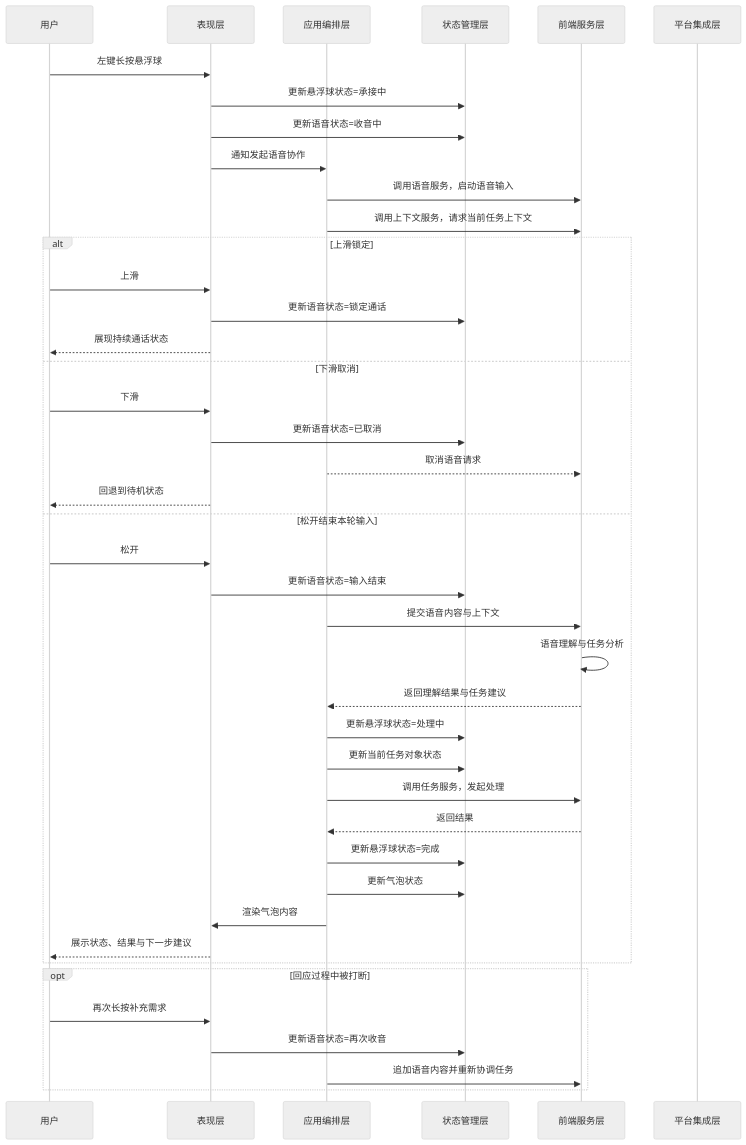
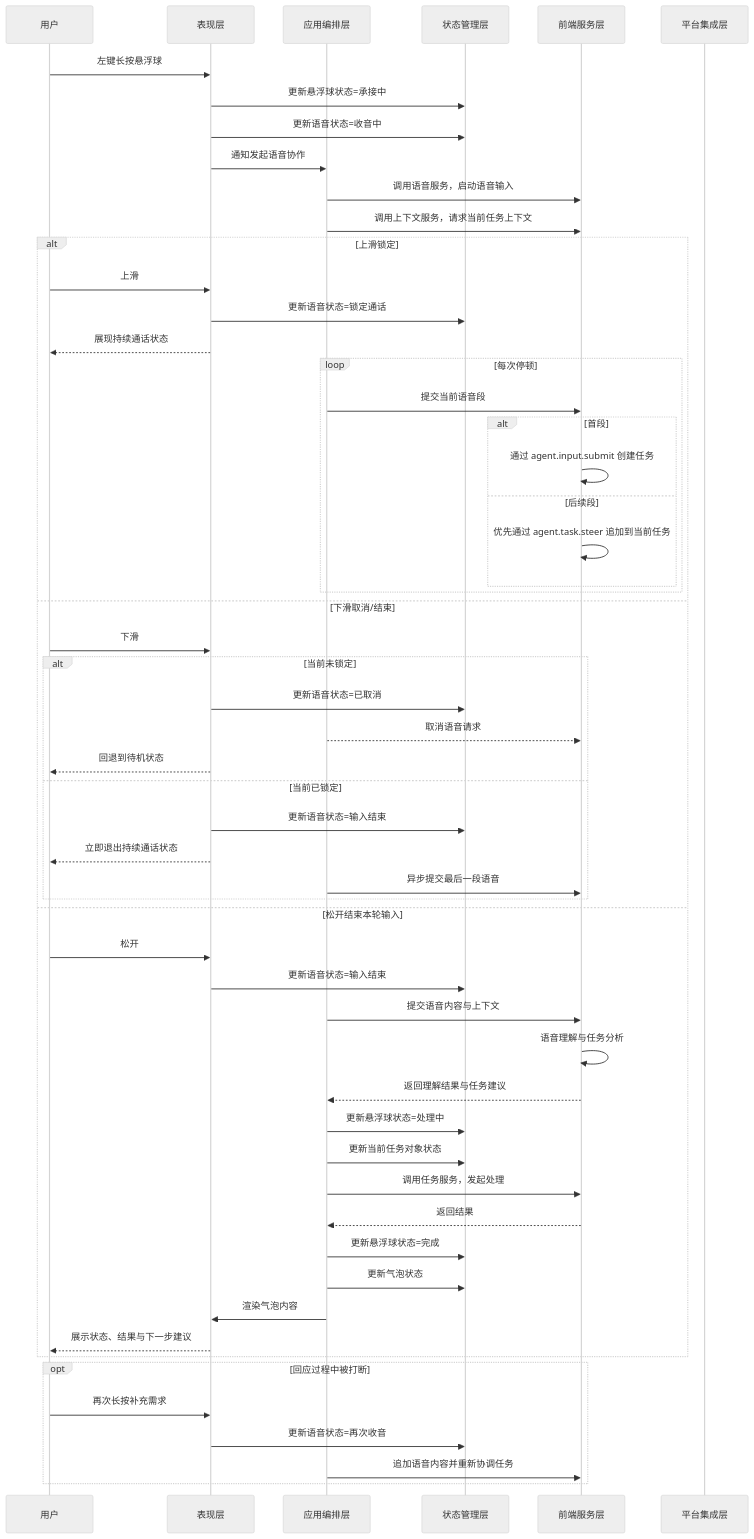
Before and after one commit to 1024XEngineer/CialloClaw: diagram 22 of 32 in docs/module-design.md, drawn with Mermaid (neutral theme). The commit also changed other lines of this file and 41 other files, not shown here.

````diff
--- a/docs/module-design.md
+++ b/docs/module-design.md
@@ -2099,47 +2099,61 @@
 ```mermaid
 sequenceDiagram
     participant U as 用户
     participant P as 表现层
     participant A as 应用编排层
     participant S as 状态管理层
     participant V as 前端服务层
     participant I as 平台集成层
 
     U->>P: 左键长按悬浮球
     P->>S: 更新悬浮球状态=承接中
     P->>S: 更新语音状态=收音中
     P->>A: 通知发起语音协作
     A->>V: 调用语音服务，启动语音输入
     A->>V: 调用上下文服务，请求当前任务上下文
 
     alt 上滑锁定
         U->>P: 上滑
         P->>S: 更新语音状态=锁定通话
         P-->>U: 展现持续通话状态
-    else 下滑取消
+        loop 每次停顿
+            A->>V: 提交当前语音段
+            alt 首段
+                V->>V: 通过 agent.input.submit 创建任务
+            else 后续段
+                V->>V: 优先通过 agent.task.steer 追加到当前任务
+            end
+        end
+    else 下滑取消/结束
         U->>P: 下滑
-        P->>S: 更新语音状态=已取消
-        A-->>V: 取消语音请求
-        P-->>U: 回退到待机状态
+        alt 当前未锁定
+            P->>S: 更新语音状态=已取消
+            A-->>V: 取消语音请求
+            P-->>U: 回退到待机状态
+        else 当前已锁定
+            P->>S: 更新语音状态=输入结束
+            P-->>U: 立即退出持续通话状态
+            A->>V: 异步提交最后一段语音
+        end
     else 松开结束本轮输入
         U->>P: 松开
         P->>S: 更新语音状态=输入结束
         A->>V: 提交语音内容与上下文
         V->>V: 语音理解与任务分析
         V-->>A: 返回理解结果与任务建议
         A->>S: 更新悬浮球状态=处理中
         A->>S: 更新当前任务对象状态
         A->>V: 调用任务服务，发起处理
         V-->>A: 返回结果
         A->>S: 更新悬浮球状态=完成
         A->>S: 更新气泡状态
         A->>P: 渲染气泡内容
         P-->>U: 展示状态、结果与下一步建议
     end
 
     opt 回应过程中被打断
         U->>P: 再次长按补充需求
         P->>S: 更新语音状态=再次收音
         A->>V: 追加语音内容并重新协调任务
     end
 ```
````
